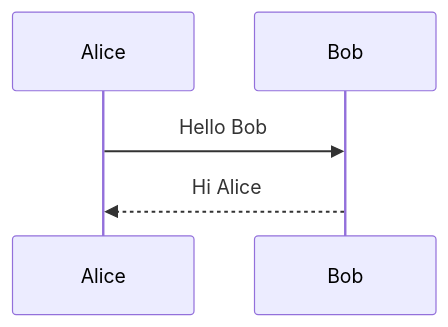
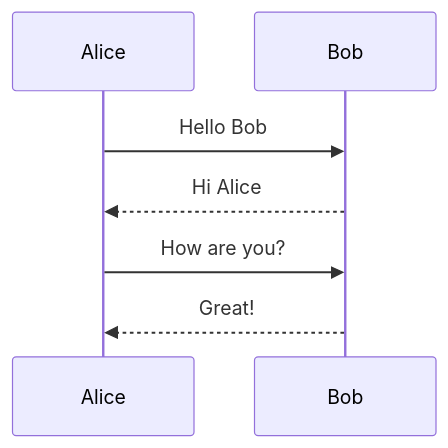
The third of 6 diagrams in testdata/mermaid.md (pspoerri/marp2pptx), drawn with Mermaid before and after one commit. The commit also changed other lines of this file and 6 other files, not shown here.

First line of the commit message:
Add sequence diagram support and missing flowchart node shapes

````diff
--- a/testdata/mermaid.md
+++ b/testdata/mermaid.md
@@ -22,5 +34,7 @@
 ```mermaid
 sequenceDiagram
     Alice->>Bob: Hello Bob
     Bob-->>Alice: Hi Alice
+    Alice->>Bob: How are you?
+    Bob-->>Alice: Great!
 ```
````
